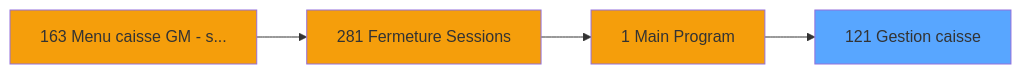
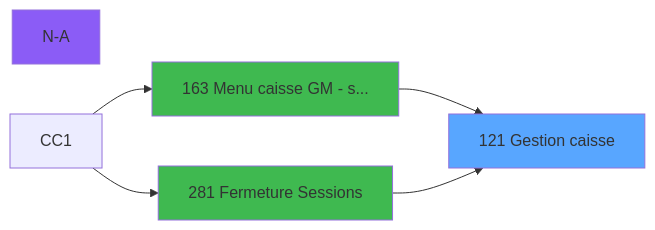
Before and after one commit to thonyAGP/lecteur-magic: the second of 3 diagrams in .openspec/specs/ADH-IDE-121.md, drawn with Mermaid. The commit also changed other lines of this file and 30 other files, not shown here.

````diff
--- a/.openspec/specs/ADH-IDE-121.md
+++ b/.openspec/specs/ADH-IDE-121.md
@@ -329,14 +310,15 @@
 ```mermaid
 graph LR
     T121[121 Gestion caisse]
     style T121 fill:#58a6ff
+    CC[N-A]
+    style CC fill:#8b5cf6
     CC163[163 Menu caisse GM - s...]
-    style CC163 fill:#f59e0b
+    style CC163 fill:#3fb950
+    CC1 --> CC163
+    CC163 --> T121
     CC281[281 Fermeture Sessions]
-    style CC281 fill:#f59e0b
-    CC163 --> CC281
-    CC1[1 Main Program]
-    style CC1 fill:#f59e0b
-    CC281 --> CC1
-    CC1 --> T121
+    style CC281 fill:#3fb950
+    CC1 --> CC281
+    CC281 --> T121
 ```
````
